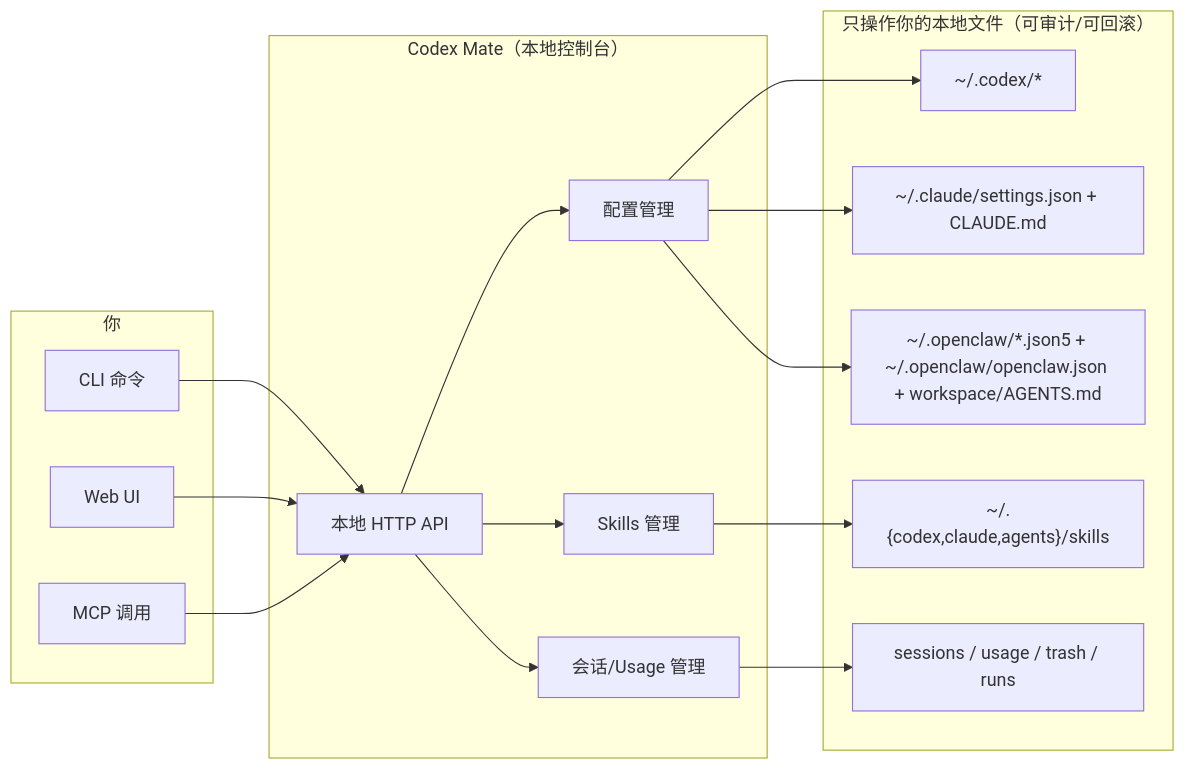
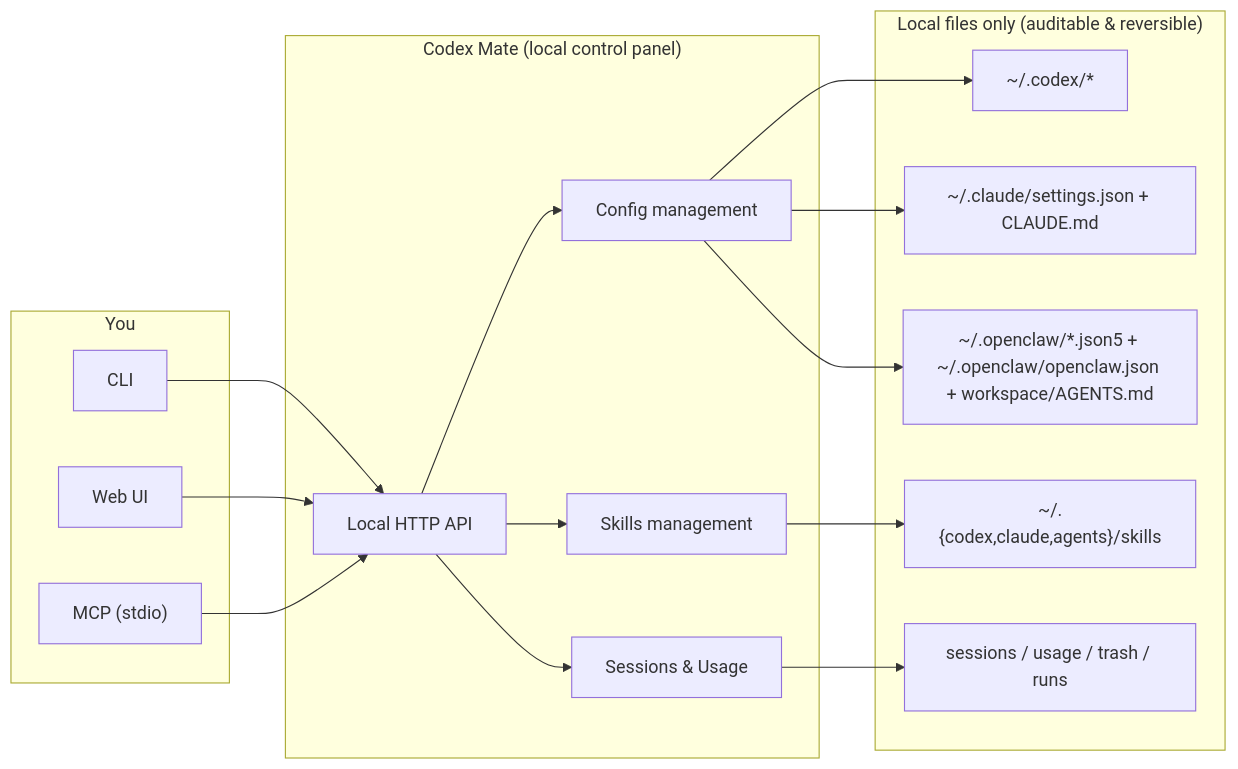
Before and after one commit to ymkiux/codexmate: the diagram in README.md, drawn with Mermaid. The commit also changed other lines of this file and 4 other files, not shown here.

````diff
--- a/README.md
+++ b/README.md
@@ -82,37 +79,37 @@
 ```mermaid
 flowchart LR
-    subgraph You["你"]
-      CLI["CLI 命令"]
+    subgraph You["You"]
+      CLI["CLI"]
       WEB["Web UI"]
-      MCP["MCP 调用"]
+      MCP["MCP (stdio)"]
     end
 
-    subgraph Mate["Codex Mate（本地控制台）"]
-      API["本地 HTTP API"]
-      CFG["配置管理"]
-      SESS["会话/Usage 管理"]
-      SKL["Skills 管理"]
+    subgraph Mate["Codex Mate (local control panel)"]
+      API["Local HTTP API"]
+      CFG["Config management"]
+      SESS["Sessions & Usage"]
+      SKL["Skills management"]
     end
 
-    subgraph Files["只操作你的本地文件（可审计/可回滚）"]
+    subgraph Files["Local files only (auditable & reversible)"]
       CODEX["~/.codex/*"]
       CLAUDE["~/.claude/settings.json + CLAUDE.md"]
       OPENCLAW["~/.openclaw/*.json5 + ~/.openclaw/openclaw.json + workspace/AGENTS.md"]
       SKILLS["~/.{codex,claude,agents}/skills"]
-      SESSFILES["sessions / usage / trash / runs"]
+      STATE["sessions / usage / trash / runs"]
     end
 
     CLI --> API
     WEB --> API
     MCP --> API
 
     API --> CFG
     API --> SESS
     API --> SKL
 
     CFG --> CODEX
     CFG --> CLAUDE
     CFG --> OPENCLAW
     SKL --> SKILLS
-    SESS --> SESSFILES
+    SESS --> STATE
 ```
````
